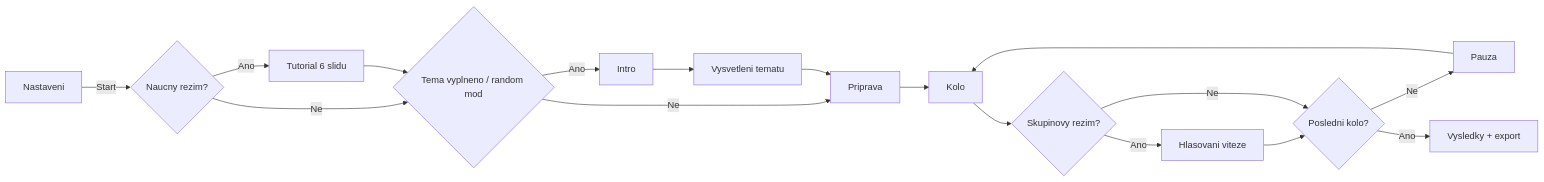
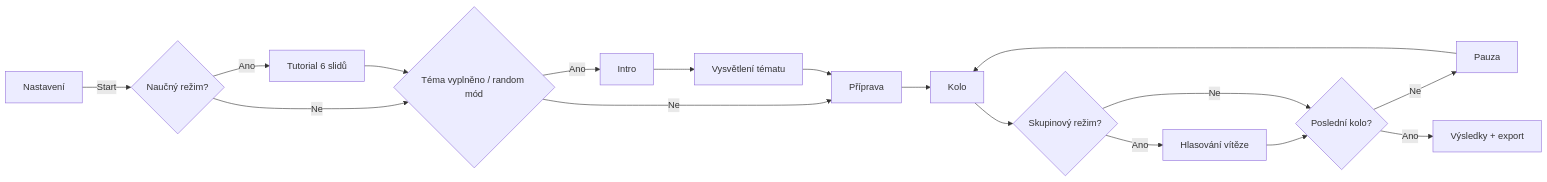
One commit to Esperosa/debatni-casovac changed the diagram in README.md. Above: the diagram before and after it, drawn with Mermaid. The commit also changed other lines of this file and 1 other file, not shown here.

````diff
--- a/README.md
+++ b/README.md
@@ -25,19 +48,19 @@
 ```mermaid
 flowchart LR
-  A[Nastaveni] -->|Start| B{Naucny rezim?}
-  B -->|Ano| C[Tutorial 6 slidu]
-  B -->|Ne| D{Tema vyplneno / random mod}
+  A[Nastavení] -->|Start| B{Naučný režim?}
+  B -->|Ano| C[Tutorial 6 slidů]
+  B -->|Ne| D{Téma vyplněno / random mód}
   C --> D
   D -->|Ano| E[Intro]
-  D -->|Ne| F[Priprava]
-  E --> G[Vysvetleni tematu]
+  D -->|Ne| F[Příprava]
+  E --> G[Vysvětlení tématu]
   G --> F
   F --> H[Kolo]
-  H --> I{Skupinovy rezim?}
-  I -->|Ano| J[Hlasovani viteze]
-  J --> K{Posledni kolo?}
+  H --> I{Skupinový režim?}
+  I -->|Ano| J[Hlasování vítěze]
+  J --> K{Poslední kolo?}
   I -->|Ne| K
   K -->|Ne| L[Pauza]
   L --> H
-  K -->|Ano| M[Vysledky + export]
+  K -->|Ano| M[Výsledky + export]
 ```
````
